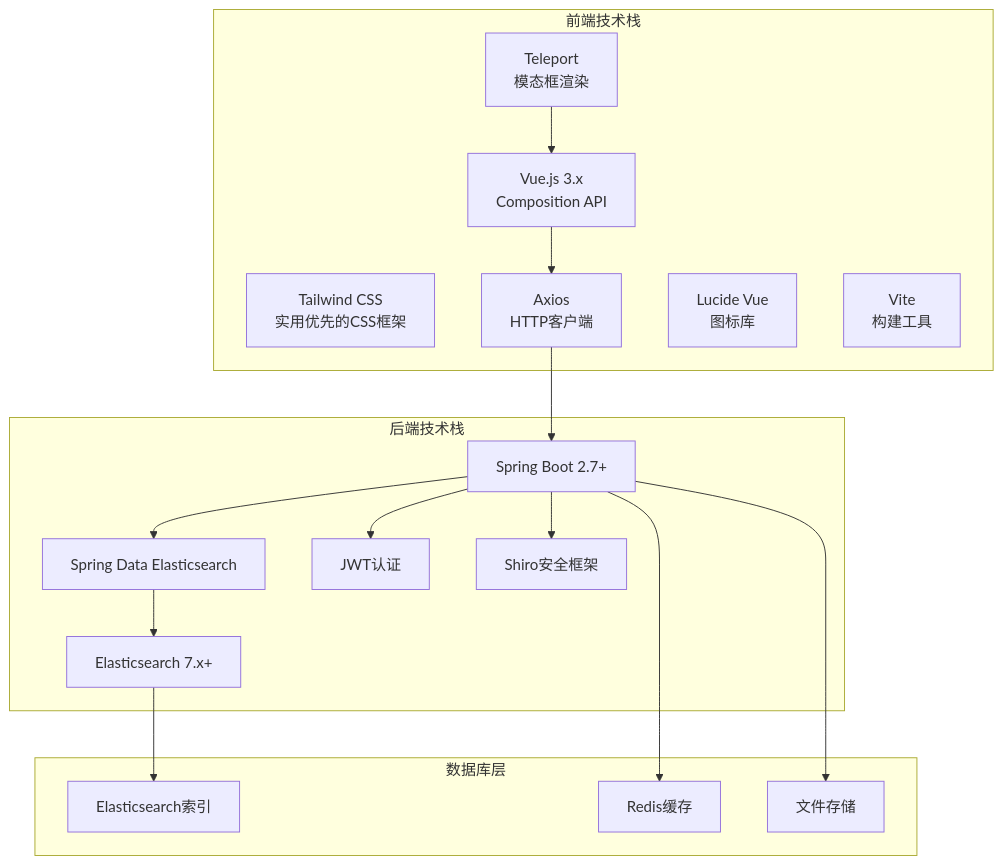
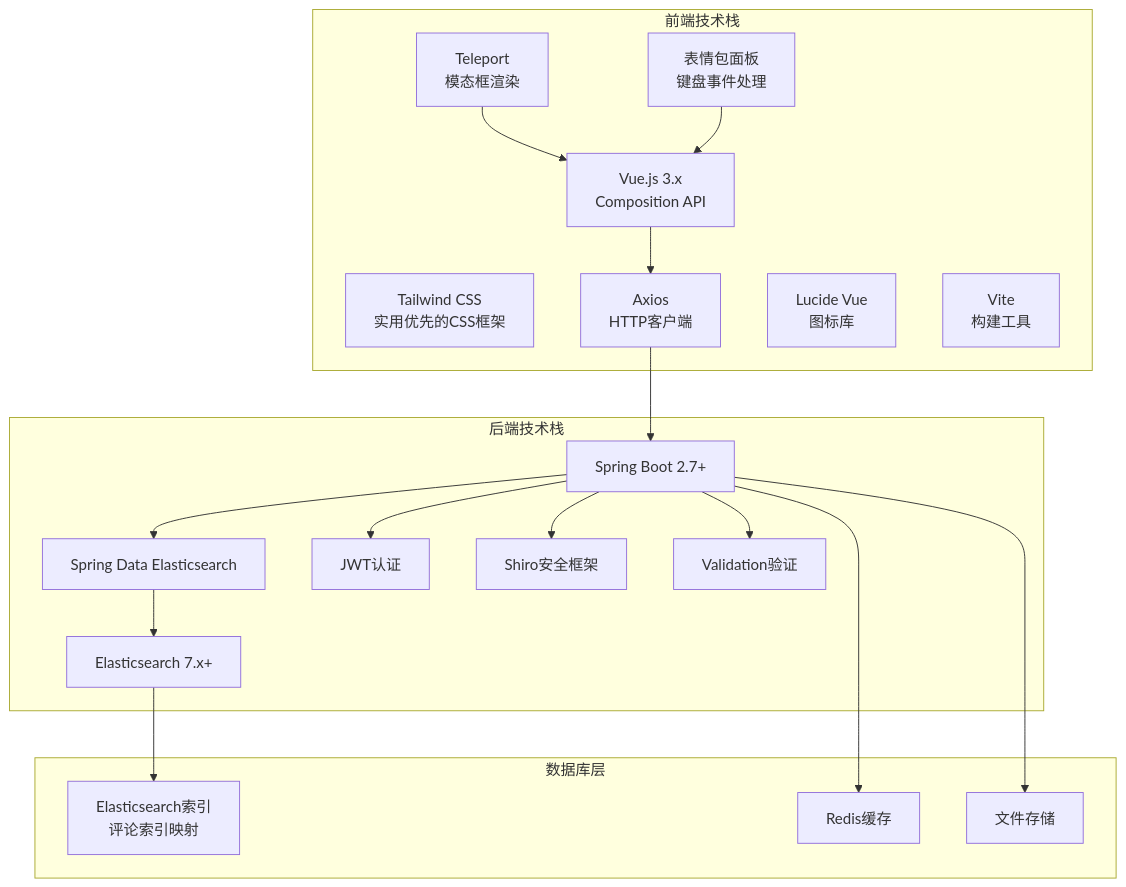
One commit to 20164206160/zhishilu changed the fourth of 17 diagrams in .qoder/repowiki/zh/content/Article Detail View.md. Above: the diagram before and after it, drawn with Mermaid. The commit also changed other lines of this file and 4 other files, not shown here.

````diff
--- a/.qoder/repowiki/zh/content/Article Detail View.md
+++ b/.qoder/repowiki/zh/content/Article Detail View.md
@@ -240,33 +274,37 @@
 ```mermaid
 graph TB
 subgraph "前端技术栈"
 A[Vue.js 3.x<br/>Composition API]
 B[Tailwind CSS<br/>实用优先的CSS框架]
 C[Axios<br/>HTTP客户端]
 D[Lucide Vue<br/>图标库]
 E[Vite<br/>构建工具]
 F[Teleport<br/>模态框渲染]
+G[表情包面板<br/>键盘事件处理]
 end
 subgraph "后端技术栈"
-G[Spring Boot 2.7+]
-H[Spring Data Elasticsearch]
-I[Elasticsearch 7.x+]
-J[JWT认证]
-K[Shiro安全框架]
+H[Spring Boot 2.7+]
+I[Spring Data Elasticsearch]
+J[Elasticsearch 7.x+]
+K[JWT认证]
+L[Shiro安全框架]
+M[Validation验证]
 end
 subgraph "数据库层"
-L[Elasticsearch索引]
-M[Redis缓存]
-N[文件存储]
+N[Elasticsearch索引<br/>评论索引映射]
+O[Redis缓存]
+P[文件存储]
 end
 A --> C
-C --> G
-G --> H
+C --> H
 H --> I
-I --> L
-G --> K
-G --> J
-G --> M
-G --> N
+I --> J
+J --> N
+H --> K
+H --> L
+H --> M
+H --> O
+H --> P
 F --> A
+G --> A
 ```
````
